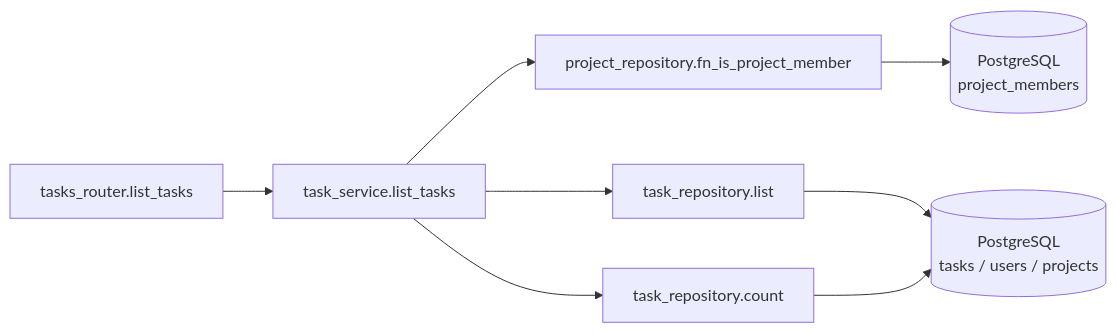
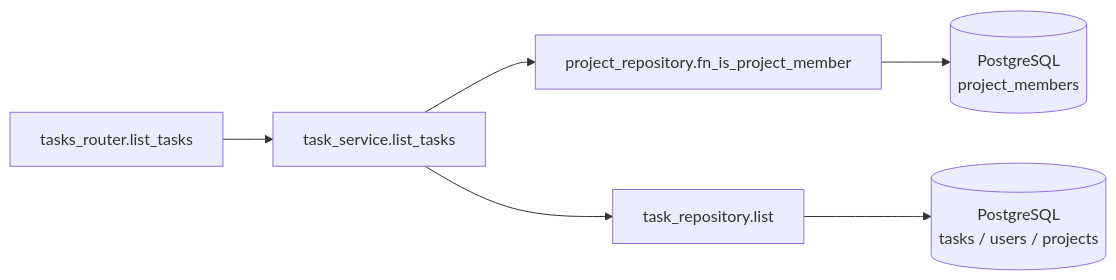
One commit to oikawa-d/task_management changed the third of 4 diagrams in docs/detailed_design/api/tasks/10_get_tasks.md. Above: the diagram before and after it, drawn with Mermaid. The commit also changed other lines of this file and 75 other files, not shown here.

````diff
--- a/docs/detailed_design/api/tasks/10_get_tasks.md
+++ b/docs/detailed_design/api/tasks/10_get_tasks.md
@@ -212,10 +215,8 @@
 ```mermaid
 flowchart LR
     R["tasks_router.list_tasks"] --> S["task_service.list_tasks"]
     S --> PR["project_repository.fn_is_project_member"]
-    S --> C["task_repository.count"]
     S --> L["task_repository.list"]
     L --> DB[("PostgreSQL<br/>tasks / users / projects")]
-    C --> DB
     PR --> DBM[("PostgreSQL<br/>project_members")]
 ```
````
